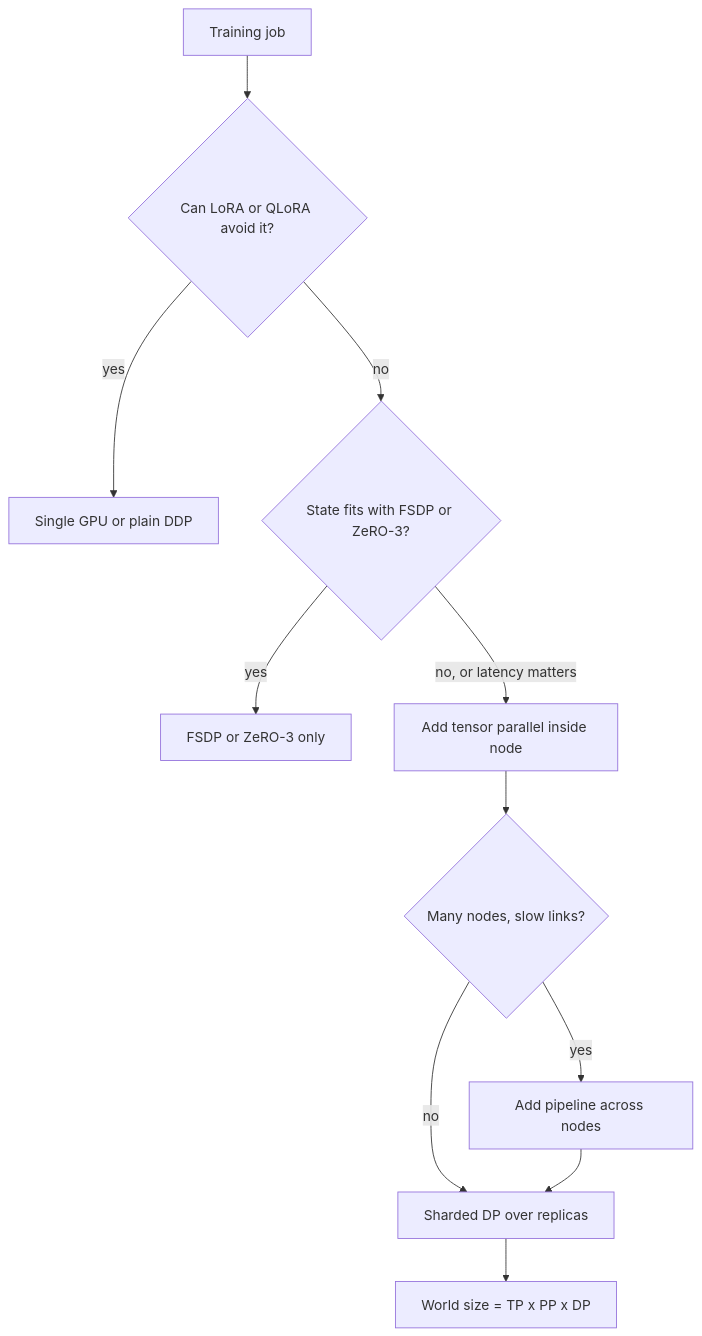
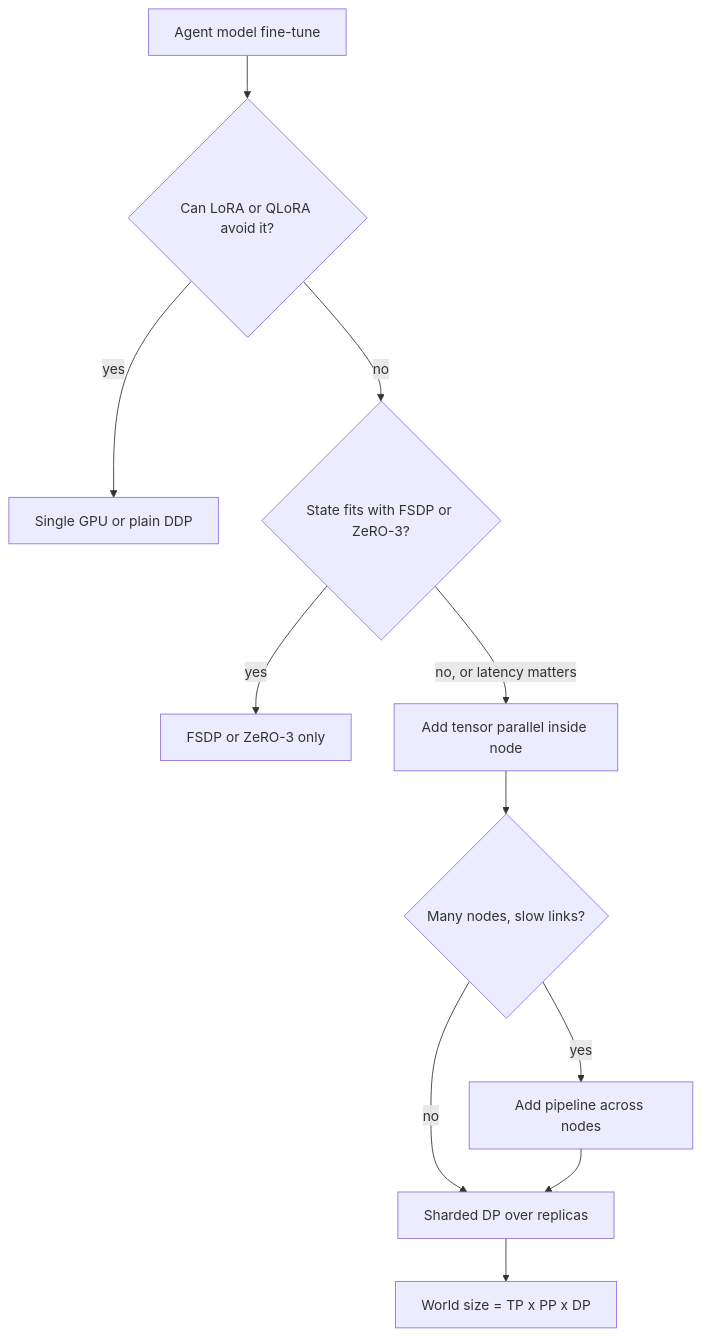
The diagram in content/training-adaptation/distributed-training.md (lovishmahajan97/agentic-learning), drawn with Mermaid before and after one commit. The commit also changed other lines of this file and 485 other files, not shown here.

````diff
--- a/content/training-adaptation/distributed-training.md
+++ b/content/training-adaptation/distributed-training.md
@@ -171,13 +201,13 @@
 ```mermaid
 flowchart TD
-    J["Training job"] --> L{"Can LoRA or QLoRA avoid it?"}
+    J["Agent model fine-tune"] --> L{"Can LoRA or QLoRA avoid it?"}
     L -->|"yes"| S["Single GPU or plain DDP"]
     L -->|"no"| F{"State fits with FSDP or ZeRO-3?"}
     F -->|"yes"| FS["FSDP or ZeRO-3 only"]
     F -->|"no, or latency matters"| T["Add tensor parallel inside node"]
     T --> N{"Many nodes, slow links?"}
     N -->|"yes"| P["Add pipeline across nodes"]
     N -->|"no"| D["Sharded DP over replicas"]
     P --> D
     D --> W["World size = TP x PP x DP"]
 ```
````
